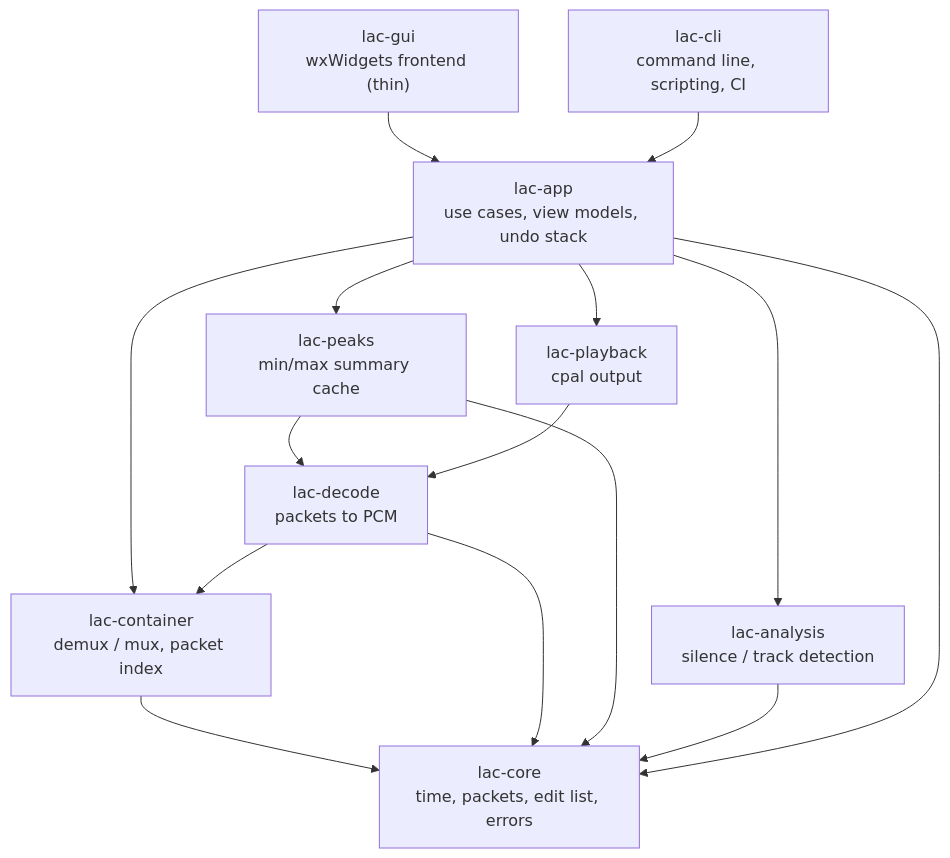
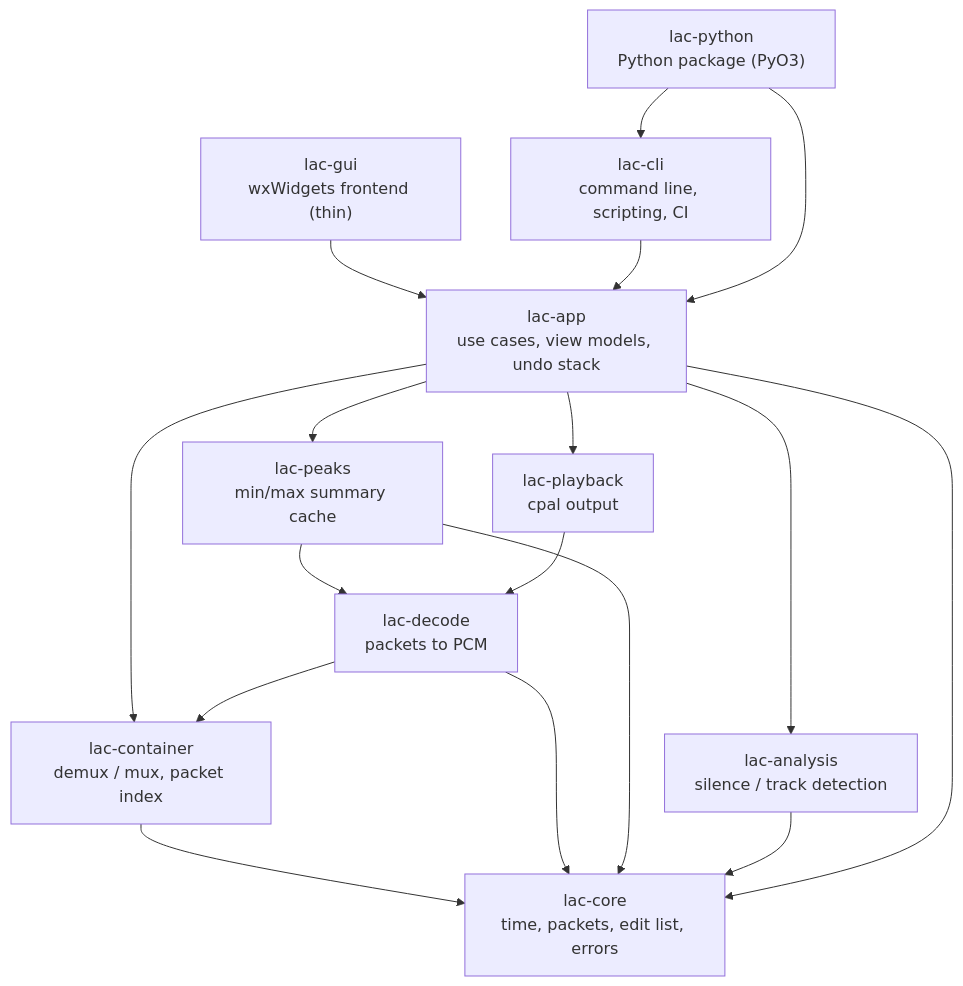
The first of 2 diagrams in docs/architecture.md (gunterkoenigsmann/losslessaudiocut), drawn with Mermaid before and after one commit. The commit also changed other lines of this file and 38 other files, not shown here.

First line of the commit message:
Publish a pip package: lac and a Python API with bundled FFmpeg (#180)

````diff
--- a/docs/architecture.md
+++ b/docs/architecture.md
@@ -72,27 +72,30 @@
 ```mermaid
 graph TD
     gui["lac-gui<br/>wxWidgets frontend (thin)"]
     cli["lac-cli<br/>command line, scripting, CI"]
+    py["lac-python<br/>Python package (PyO3)"]
     app["lac-app<br/>use cases, view models, undo stack"]
     analysis["lac-analysis<br/>silence / track detection"]
     peaks["lac-peaks<br/>min/max summary cache"]
     play["lac-playback<br/>cpal output"]
     decode["lac-decode<br/>packets to PCM"]
     container["lac-container<br/>demux / mux, packet index"]
     core["lac-core<br/>time, packets, edit list, errors"]
 
     gui --> app
     cli --> app
+    py --> app
+    py --> cli
     app --> analysis
     app --> peaks
     app --> play
     app --> container
     peaks --> decode
     play --> decode
     decode --> container
     container --> core
     decode --> core
     peaks --> core
     analysis --> core
     app --> core
 ```
````
